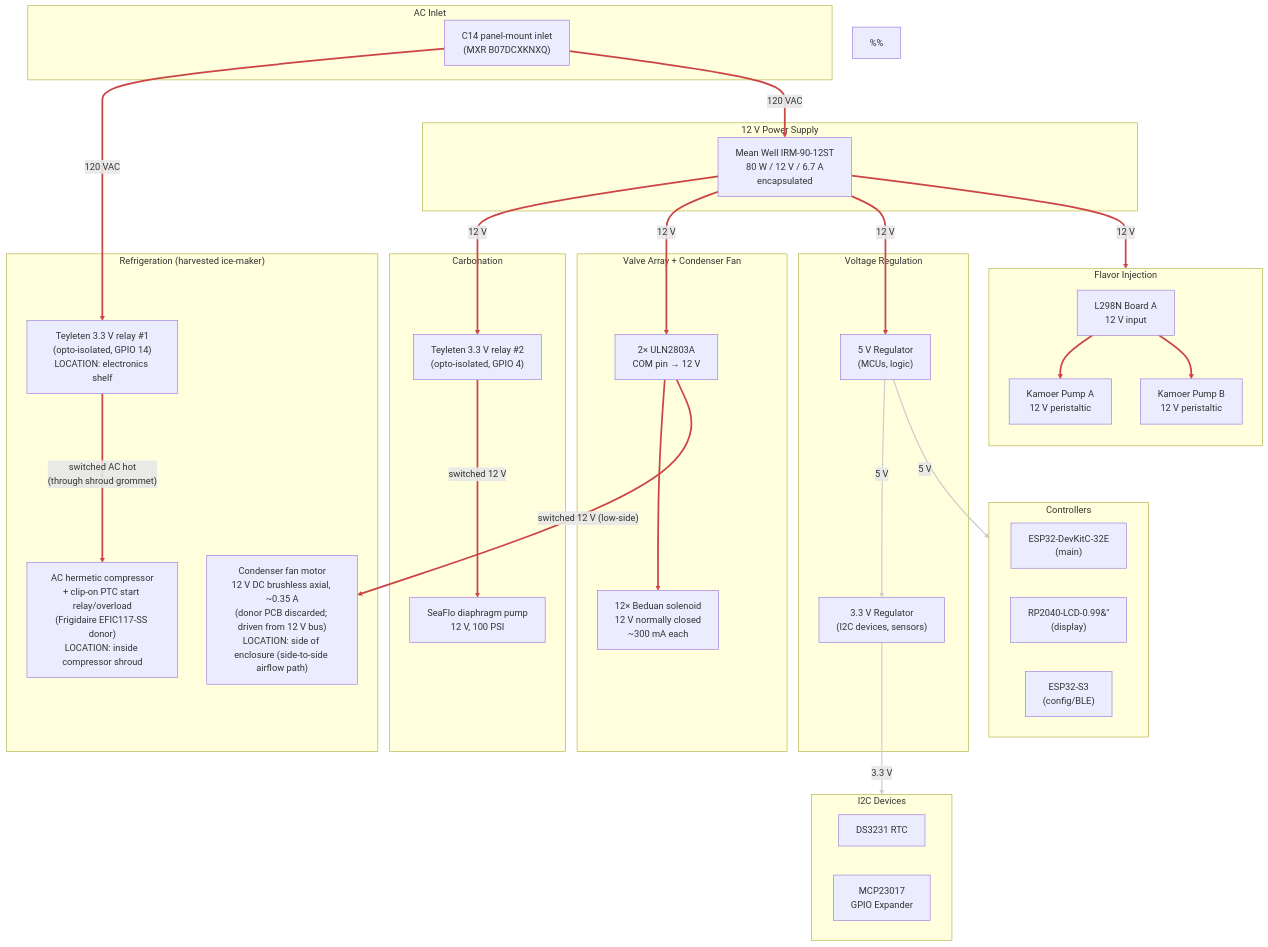
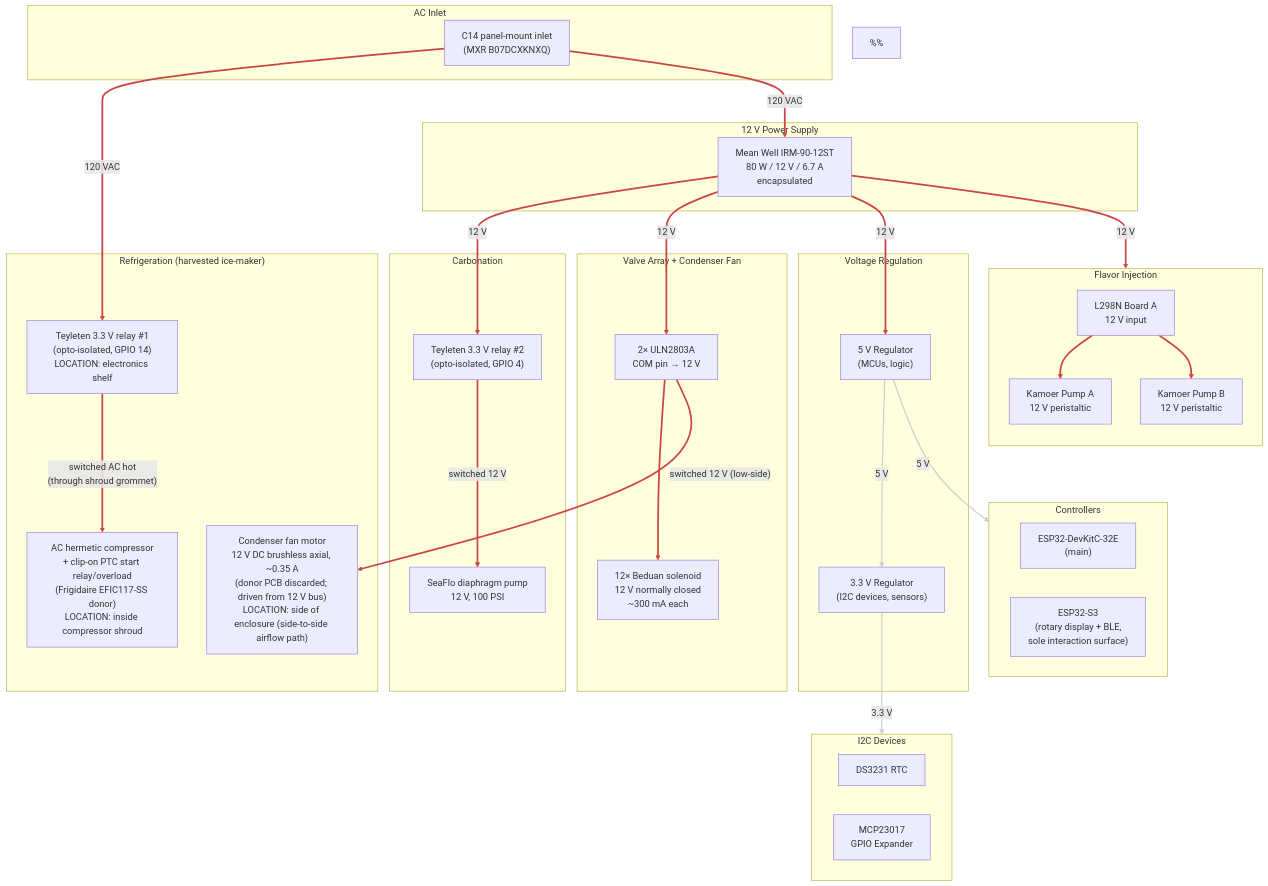
Before and after one commit to derekbreden/homesodamachine: the diagram in hardware/wiring/power.mmd, drawn with Mermaid. The commit also changed 17 other files, not shown here.

```diff
--- a/hardware/wiring/power.mmd
+++ b/hardware/wiring/power.mmd
@@ -1,125 +1,124 @@
 flowchart TD
 
   %% Power Distribution (current plan).
   %% 120 VAC mains in via C14 inlet; Mean Well 12 V PSU supplies the
   %% 12 V bus for everything except the compressor itself, which runs
   %% on switched mains via Teyleten relay #1 (ESP32 GPIO 14). The 12 V
   %% diaphragm pump is gated by Teyleten relay #2 (ESP32 GPIO 4) so
   %% firmware can keep refill off during an active dispense.
   %%
   %% Physical placement:
   %% - The C14 inlet, AC distribution, PSU, both Teyleten relays, the
   %%   ESP32, MCP23017, ULN2803A pair, L298N, and voltage regulators
   %%   all sit on a single electronics shelf at the top-back of the
   %%   enclosure, behind the rear-panel C14 inlet.
   %% - The compressor sits middle-bottom inside a fire-rated metal
   %%   shroud (because the appliance is going into kitchens used by
   %%   friends, family, and customers the founder knows by name, and
   %%   safe handling of the R-600a charge is what UL 60335-2-89
   %%   actually requires); its clip-on PTC start relay + overload
   %%   module is co-located with the compressor body inside the shroud.
   %% - Teyleten relay #1 stays on the SHELF, OUTSIDE the shroud.
   %%   Only switched AC enters the shroud (one wire bundle through one
   %%   grommet: switched H + N + chassis G). This avoids placing an
   %%   arcing contact inside the protected hydrocarbon-refrigerant
   %%   compartment.
   %% - The condenser fan motor is on the side of the enclosure
   %%   (the side-to-side intake → condenser → exhaust airflow path)
   %%   and is OUTSIDE the shroud. It is a 12 V DC brushless axial
   %%   fan: the donor ice maker's own PCB regulated mains to 12 V
   %%   to drive it (factory wiring was never AC on the fan itself),
   %%   so on harvest we discard the donor PCB and drive the fan
   %%   from our own 12 V bus. Low-side switched via one channel of
   %%   ULN2803A #2 driven from MCP23017 0x21 PA4 — same pattern as
   %%   the solenoid valves. Firmware turns it on/off in lockstep
   %%   with the compressor.
   %%
   %% See `ac-wiring-schedule.md` for run-by-run gauges + lengths and
   %% `../cut-parts/compressor-shroud/` for the shroud part.
 
   subgraph AC_Inlet["AC Inlet"]
     C14["C14 panel-mount inlet\n(MXR B07DCXKNXQ)"]
   end
 
   subgraph Supply["12 V Power Supply"]
     PSU["Mean Well IRM-90-12ST\n80 W / 12 V / 6.7 A\nencapsulated"]
   end
 
   subgraph Refrigeration["Refrigeration  (harvested ice-maker)"]
     RELAY["Teyleten 3.3 V relay #1\n(opto-isolated, GPIO 14)\nLOCATION: electronics shelf"]
     COMP_AC["AC hermetic compressor\n+ clip-on PTC start relay/overload\n(Frigidaire EFIC117-SS donor)\nLOCATION: inside compressor shroud"]
     COND_FAN["Condenser fan motor\n12 V DC brushless axial, ~0.35 A\n(donor PCB discarded; driven from 12 V bus)\nLOCATION: side of enclosure (side-to-side airflow path)"]
     RELAY ==>|"switched AC hot\n(through shroud grommet)"| COMP_AC
   end
 
   subgraph Regulation["Voltage Regulation"]
     REG_5V["5 V Regulator\n(MCUs, logic)"]
     REG_3V3["3.3 V Regulator\n(I2C devices, sensors)"]
   end
 
   subgraph Carbonation["Carbonation"]
     DIA_RELAY["Teyleten 3.3 V relay #2\n(opto-isolated, GPIO 4)"]
     DIA_PUMP["SeaFlo diaphragm pump\n12 V, 100 PSI"]
     DIA_RELAY ==>|"switched 12 V"| DIA_PUMP
   end
 
   subgraph Flavor["Flavor Injection"]
     direction TB
     L298["L298N Board A\n12 V input"]
     PUMP_A["Kamoer Pump A\n12 V peristaltic"]
     PUMP_B["Kamoer Pump B\n12 V peristaltic"]
     L298 ==> PUMP_A
     L298 ==> PUMP_B
   end
 
   subgraph Valve_Power["Valve Array + Condenser Fan"]
     ULN["2× ULN2803A\nCOM pin → 12 V"]
     VALVES["12× Beduan solenoid\n12 V normally closed\n~300 mA each"]
     ULN ==> VALVES
   end
 
   %% Condenser fan rides the same low-side switching pattern as the
   %% solenoid valves: one ULN2803A #2 channel (driven from MCP23017
   %% 0x21 PA4) sinks the fan's return when commanded. Crossing the
   %% subgraph boundary is intentional — the fan is semantically part
   %% of Refrigeration, but its switching topology is the valve pattern.
   ULN ==>|"switched 12 V (low-side)"| COND_FAN
 
   subgraph MCUs["Controllers"]
     ESP32["ESP32-DevKitC-32E\n(main)"]
-    RP2040["RP2040-LCD-0.99&#34;\n(display)"]
-    S3["ESP32-S3\n(config/BLE)"]
+    S3["ESP32-S3\n(rotary display + BLE,\n sole interaction surface)"]
   end
 
   subgraph I2C_Devices["I2C Devices"]
     RTC["DS3231 RTC"]
     MCP["MCP23017\nGPIO Expander"]
   end
 
   %% AC distribution (hot leg)
   C14 ==>|"120 VAC"| RELAY
   C14 ==>|"120 VAC"| PSU
 
   %% 12 V distribution
   PSU ==>|"12 V"| DIA_RELAY
   PSU ==>|"12 V"| L298
   PSU ==>|"12 V"| ULN
   PSU ==>|"12 V"| REG_5V
 
   %% Regulated logic-level
   REG_5V -->|"5 V"| REG_3V3
   REG_5V -->|"5 V"| MCUs
   REG_3V3 -->|"3.3 V"| I2C_Devices
 
   %% Power paths (red, thick).
   %% 0    = relay #1 -> compressor (switched AC, through shroud)
   %% 1    = Teyleten relay #2 -> diaphragm pump (switched 12 V)
   %% 2-3  = L298 -> peristaltic pumps
   %% 4    = ULN2803A -> solenoid valves
   %% 5    = ULN2803A -> condenser fan (switched 12 V, low-side)
   %% 6-7  = C14 -> relay #1, C14 -> PSU (AC mains)
   %% 8-11 = PSU 12 V trunk to all subsystems
   linkStyle 0,1,2,3,4,5,6,7,8,9,10,11 stroke:#c44,stroke-width:3px
   %% Regulated logic-level supplies (5V, 3.3V): white workhorse.
   %% 12-14 = REG_5V -> REG_3V3, REG_5V -> MCUs, REG_3V3 -> I2C devices.
   linkStyle 12,13,14 stroke:#ccc,stroke-width:2px
```
